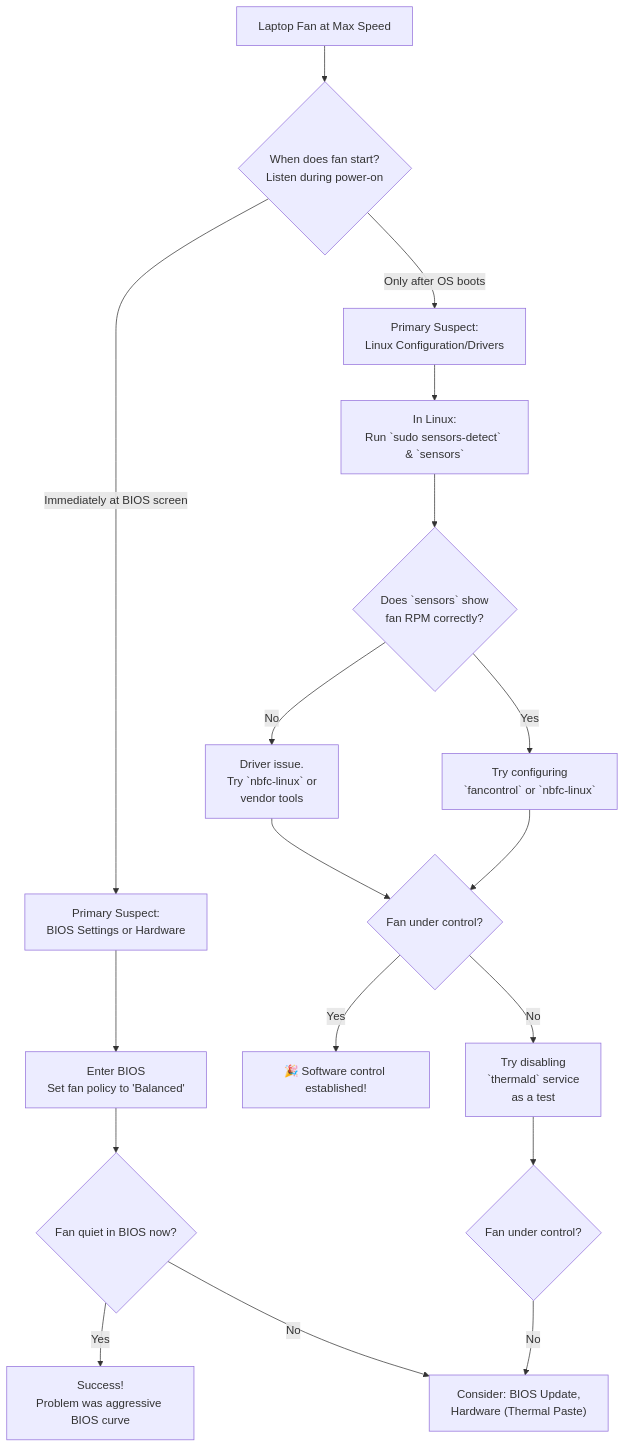
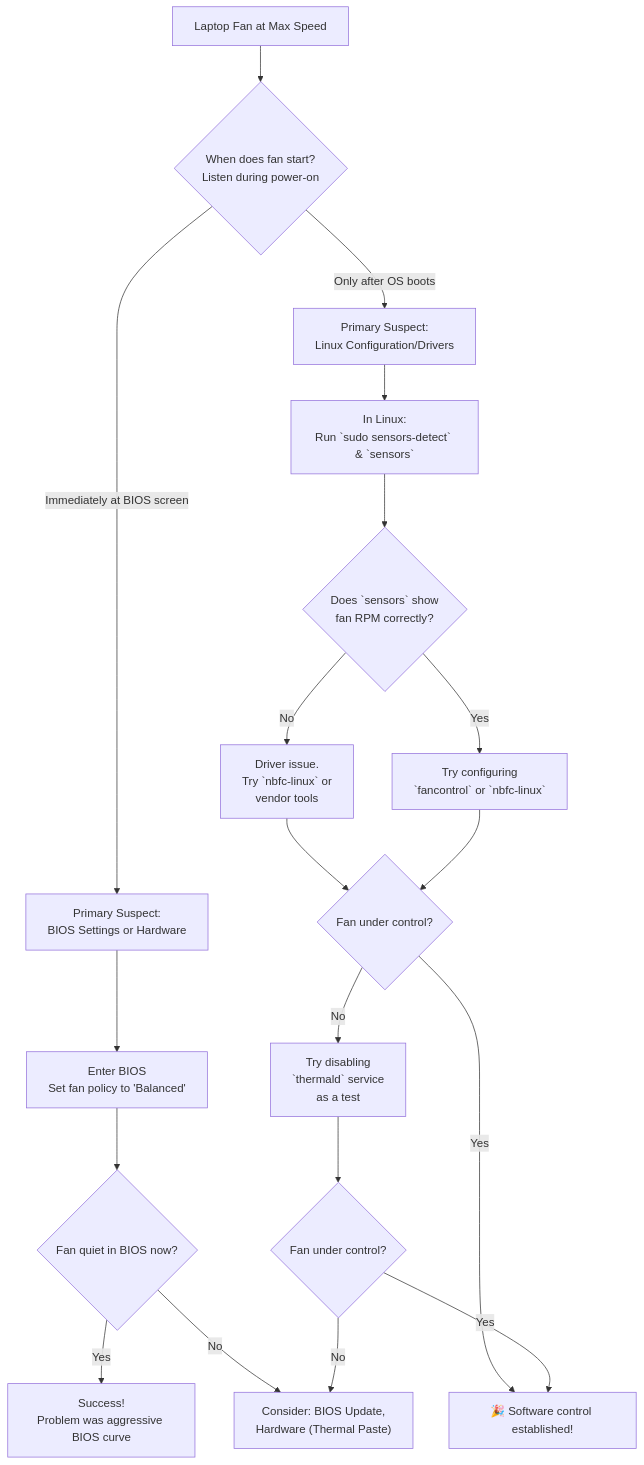
The diagram in src/data/blogs/posts/tech/laptop-fan-max-speed-linux-fix.md (htghuzaifa2/huzi.pk-web-v2), drawn with Mermaid before and after one commit. The commit also changed other lines of this file and 488 other files, not shown here.

````diff
--- a/src/data/blogs/posts/tech/laptop-fan-max-speed-linux-fix.md
+++ b/src/data/blogs/posts/tech/laptop-fan-max-speed-linux-fix.md
@@ -81,22 +319,23 @@
 ```mermaid
 flowchart TD
 A["Laptop Fan at Max Speed"] --> B{"When does fan start?<br>Listen during power-on"}
 B -->|"Immediately at BIOS screen"| C["Primary Suspect:<br>BIOS Settings or Hardware"]
 B -->|"Only after OS boots"| D["Primary Suspect:<br>Linux Configuration/Drivers"]
 
 C --> E["Enter BIOS<br>Set fan policy to 'Balanced'"]
 E --> F{"Fan quiet in BIOS now?"}
 F -->|Yes| G["Success!<br>Problem was aggressive BIOS curve"]
 F -->|No| H["Consider: BIOS Update,<br>Hardware (Thermal Paste)"]
 
 D --> I["In Linux:<br>Run `sudo sensors-detect` & `sensors`"]
 I --> J{"Does `sensors` show<br>fan RPM correctly?"}
 J -->|No| K["Driver issue.<br>Try `nbfc-linux` or<br>vendor tools"]
 J -->|Yes| L["Try configuring<br>`fancontrol` or `nbfc-linux`"]
 K --> M{"Fan under control?"}
 L --> M
 M -->|Yes| N["🎉 Software control established!"]
 M -->|No| O["Try disabling<br>`thermald` service<br>as a test"]
 O --> P{"Fan under control?"}
 P -->|No| H
+P -->|Yes| N
 ```
````
